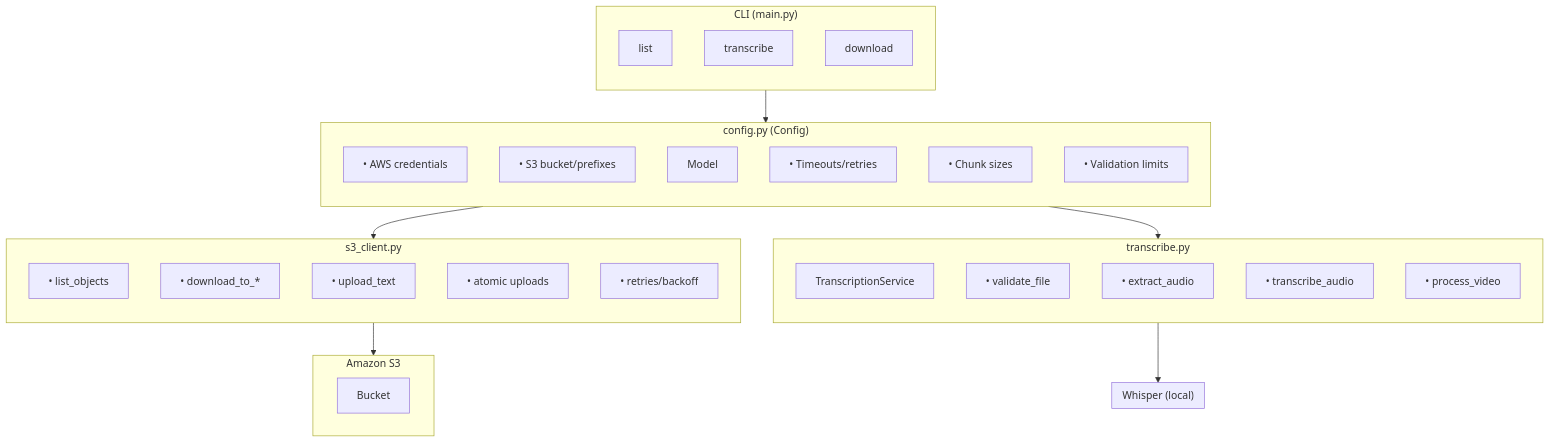
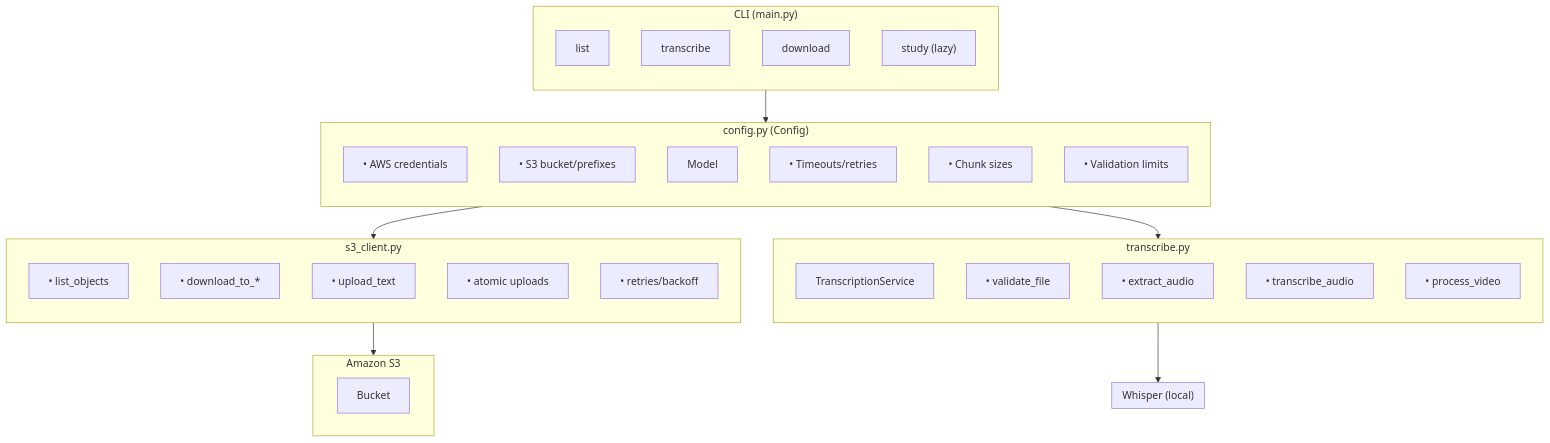
One commit to creep1ng/meetings-transcript changed the first of 2 diagrams in README.md. Above: the diagram before and after it, drawn with Mermaid. The commit also changed other lines of this file and 82 other files, not shown here.

````diff
--- a/README.md
+++ b/README.md
@@ -48,51 +50,52 @@
 ```mermaid
 flowchart TB
     subgraph CLI ["CLI (main.py)"]
         direction TB
         cmd1["list"]
         cmd2["transcribe"]
         cmd3["download"]
+        cmd4["study (lazy)"]
     end
 
     subgraph Config ["config.py (Config)"]
         direction TB
         aws["• AWS credentials"]
         s3["• S3 bucket/prefixes"]
         model["• Model settings"]
         timeout["• Timeouts/retries"]
         chunk["• Chunk sizes"]
         valid["• Validation limits"]
     end
 
     subgraph S3Client ["s3_client.py"]
         direction TB
         list["• list_objects"]
         dl["• download_to_*"]
         upload["• upload_text"]
         atomic["• atomic uploads"]
         retry["• retries/backoff"]
     end
 
     subgraph Transcribe ["transcribe.py"]
         direction TB
         svc["TranscriptionService"]
         validate["• validate_file"]
         audio["• extract_audio"]
         transcribe["• transcribe_audio"]
         process["• process_video"]
     end
 
     subgraph S3 ["Amazon S3"]
         bucket["Bucket"]
     end
 
     subgraph Whisper ["Whisper (local)"]
         model["Model"]
     end
 
     CLI --> Config
     Config --> S3Client
     Config --> Transcribe
     S3Client --> S3
     Transcribe --> Whisper
 ```
````
